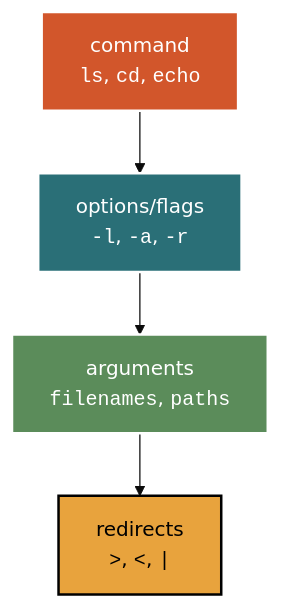
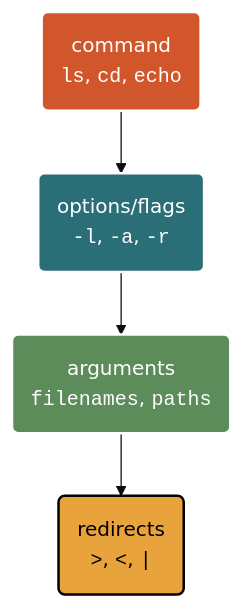
Before and after one commit to mjfrigaard/do4ds-labs: the first of 4 diagrams in lab09.qmd, drawn with Mermaid. The commit also changed other lines of this file and 69 other files, not shown here.

Commit message:
style review fixes; mermaid look; lab07 model scripts and workflow deps

````diff
--- a/lab09.qmd
+++ b/lab09.qmd
@@ -31,16 +33,16 @@
 ```{mermaid}
 %%| fig-cap: 'Bash Command Structure'
 %%| fig-width: 8.0
 %%| fig-align: 'center'
-%%{init: {'theme': 'base', 'themeVariables': {'fontFamily': 'monospace'}}}%%
+%%{init: {'theme': 'base', 'look': 'classic', 'themeVariables': {'fontFamily': 'monospace'}}}%%
 
 graph TD
-    A["command<br/><code>ls</code>, <code>cd</code>, <code>echo</code>"] --> B["options/flags<br/><code>-l</code>, <code>-a</code>, <code>-r</code>"]
-    B --> C["arguments<br/><code>filenames</code>, <code>paths</code>"]
-    C --> D["redirects<br/><code>&gt;</code>, <code>&lt;</code>, <code>|</code>"]
+    A("command<br/><code>ls</code>, <code>cd</code>, <code>echo</code>") --> B("options/flags<br/><code>-l</code>, <code>-a</code>, <code>-r</code>")
+    B --> C("arguments<br/><code>filenames</code>, <code>paths</code>")
+    C --> D("redirects<br/><code>&gt;</code>, <code>&lt;</code>, <code>|</code>")
 
     style A fill:#d2562b,stroke:#fff,stroke-width:2px,color:#fff
     style B fill:#2a6f77,stroke:#fff,stroke-width:2px,color:#fff
     style C fill:#5b8c5a,stroke:#fff,stroke-width:2px,color:#fff
     style D fill:#e8a33d,stroke:#000,stroke-width:2px,color:#000
 ```
````
